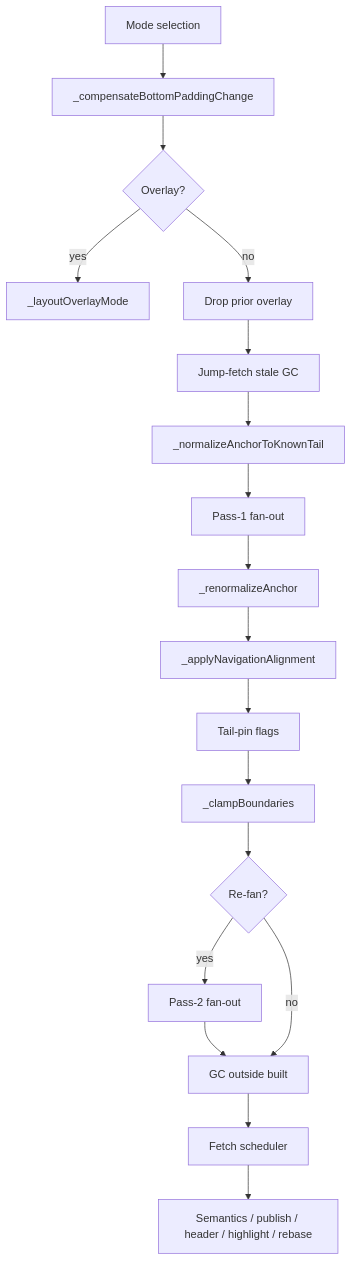
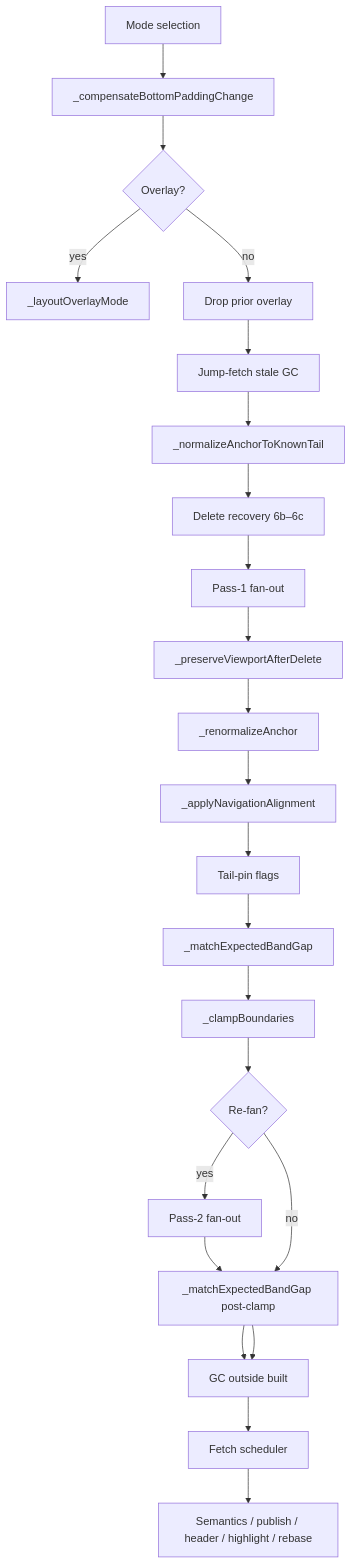
Before and after one commit to itsezlife/chat_scroll_view: the diagram in docs/architecture/04-layout-pipeline.md, drawn with Mermaid. The commit also changed other lines of this file and 65 other files, not shown here.

First line of the commit message:
feat(scroll): viewport-stable delete and absent-slot build exclusion

````diff
--- a/docs/architecture/04-layout-pipeline.md
+++ b/docs/architecture/04-layout-pipeline.md
@@ -21,27 +21,31 @@
 ```mermaid
 flowchart TB
   Mode[Mode selection]
   Comp[_compensateBottomPaddingChange]
   Overlay{Overlay?}
   OverlayPath[_layoutOverlayMode]
   DropOverlay[Drop prior overlay]
   JumpGC[Jump-fetch stale GC]
   NormTail[_normalizeAnchorToKnownTail]
+  DelRec[Delete recovery 6b–6c]
   Fan1[Pass-1 fan-out]
+  Preserve[_preserveViewportAfterDelete]
   Renorm[_renormalizeAnchor]
   Align[_applyNavigationAlignment]
   Tail[Tail-pin flags]
+  GapMatch[_matchExpectedBandGap]
   Clamp[_clampBoundaries]
   Fan2{Re-fan?}
   Fan2Yes[Pass-2 fan-out]
+  GapMatch2[_matchExpectedBandGap post-clamp]
   GC[GC outside built]
   Fetch[Fetch scheduler]
   Pub[Semantics / publish / header / highlight / rebase]
 
   Mode --> Comp --> Overlay
   Overlay -->|yes| OverlayPath
-  Overlay -->|no| DropOverlay --> JumpGC --> NormTail --> Fan1 --> Renorm --> Align --> Tail --> Clamp --> Fan2
-  Fan2 -->|yes| Fan2Yes --> GC
-  Fan2 -->|no| GC
+  Overlay -->|no| DropOverlay --> JumpGC --> NormTail --> DelRec --> Fan1 --> Preserve --> Renorm --> Align --> Tail --> GapMatch --> Clamp --> Fan2
+  Fan2 -->|yes| Fan2Yes --> GapMatch2 --> GC
+  Fan2 -->|no| GapMatch2 --> GC
   GC --> Fetch --> Pub
 ```
````
